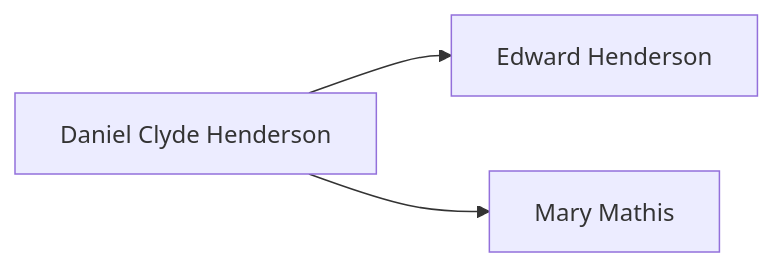
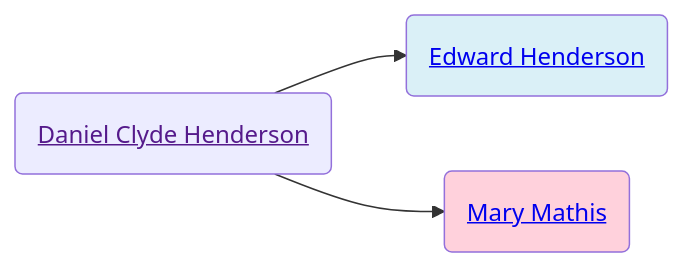
Before and after one commit to neelsmith/avocational: the diagram in familyhistory/sources/people/Henderson-line/Daniel_Clyde_Henderson.qmd, drawn with Mermaid. The commit also changed 71 other files, not shown here.

````diff
--- a/familyhistory/sources/people/Henderson-line/Daniel_Clyde_Henderson.qmd
+++ b/familyhistory/sources/people/Henderson-line/Daniel_Clyde_Henderson.qmd
@@ -19,5 +19,11 @@
 ```{mermaid}
 graph LR
-Daniel_Clyde_Henderson[Daniel Clyde Henderson] -->  Edward_Henderson[Edward Henderson]
-Daniel_Clyde_Henderson[Daniel Clyde Henderson]  --> Mary_Mathis[Mary Mathis]
+Daniel_Clyde_Henderson(<a href=''>Daniel Clyde Henderson</>) -->  Edward_Henderson(<a href='./Edward_Henderson.html'>Edward Henderson</>)
+class Edward_Henderson father
+Daniel_Clyde_Henderson(<a href=''>Daniel Clyde Henderson</>)  --> Mary_Mathis(<a href='./Mary_Mathis.html'>Mary Mathis</>)
+class Mary_Mathis mother
+classDef mother fill:#ffd1dc
+classDef father fill:#daf0f7  
+classDef marriage fill:#ffffff
+
 ```
````
